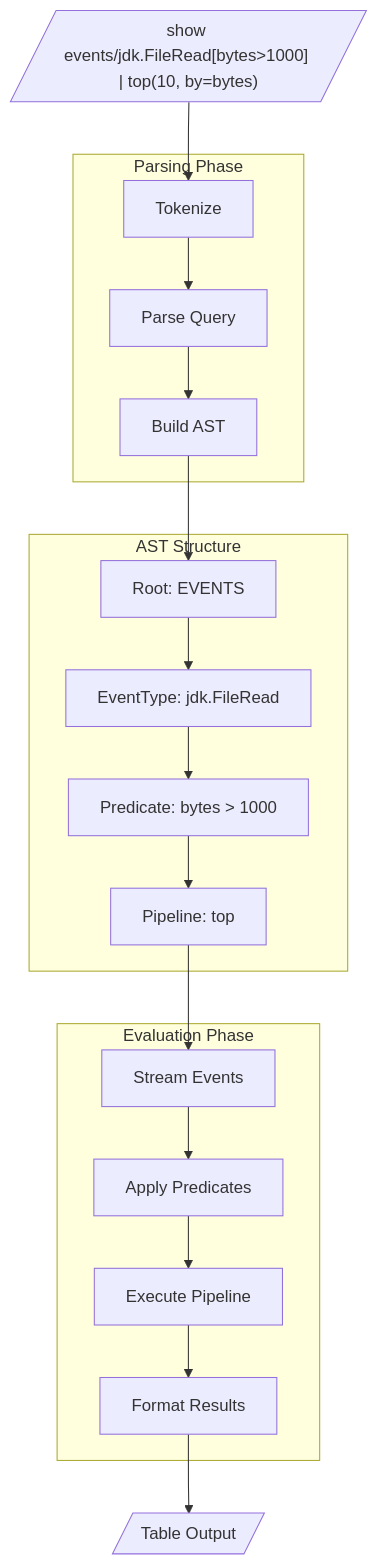
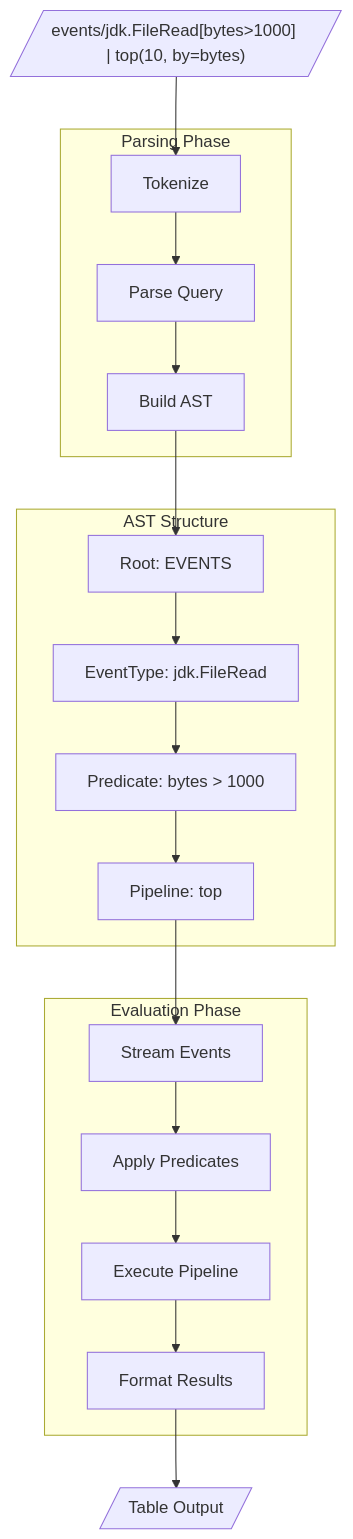
One commit to btraceio/jafar changed the seventh of 10 diagrams in doc/cli/Architecture.md. Above: the diagram before and after it, drawn with Mermaid. The commit also changed other lines of this file and 92 other files, not shown here.

````diff
--- a/doc/cli/Architecture.md
+++ b/doc/cli/Architecture.md
@@ -332,30 +335,30 @@
 ```mermaid
 flowchart TB
-    INPUT[/"show events/jdk.FileRead[bytes>1000] | top(10, by=bytes)"/]
+    INPUT[/"events/jdk.FileRead[bytes>1000] | top(10, by=bytes)"/]
 
     subgraph "Parsing Phase"
         TOK[Tokenize]
         PARSE[Parse Query]
         AST[Build AST]
     end
 
     subgraph "AST Structure"
         ROOT[Root: EVENTS]
         TYPE[EventType: jdk.FileRead]
         PRED[Predicate: bytes > 1000]
         PIPE[Pipeline: top]
     end
 
     subgraph "Evaluation Phase"
         STREAM[Stream Events]
         FILTER[Apply Predicates]
         AGG[Execute Pipeline]
         FORMAT[Format Results]
     end
 
     OUTPUT[/Table Output/]
 
     INPUT --> TOK --> PARSE --> AST
     AST --> ROOT --> TYPE --> PRED --> PIPE
     PIPE --> STREAM --> FILTER --> AGG --> FORMAT --> OUTPUT
 ```
````
